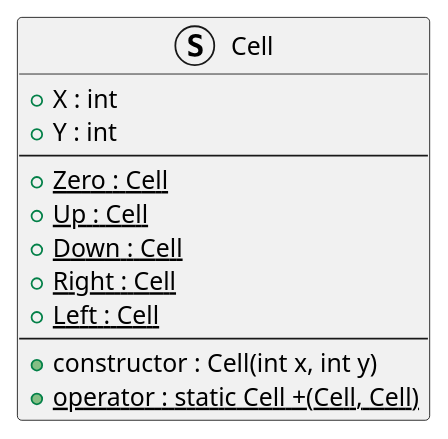
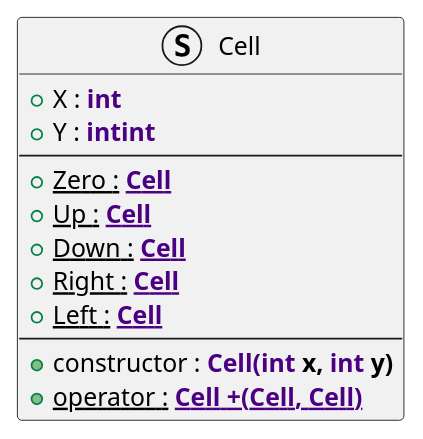
Before and after one commit to vadimvatsenko/Snake_Console: the diagram in Snake_Console/Diagramm/Cell.puml, drawn with PlantUML. The commit also changed 7 other files, not shown here.

Commit message:
Edit Diagramm and add some Discription

```diff
--- a/Snake_Console/Diagramm/Cell.puml
+++ b/Snake_Console/Diagramm/Cell.puml
@@ -1,16 +1,16 @@
 @startuml
 struct Cell
 {
-    + X : int
-    + Y : int
+    + X : <color:indigo><b>int
+    + Y : <color:indigo><b>intint
     --
-    + {static} Zero : Cell
-    + {static} Up : Cell
-    + {static} Down : Cell
-    + {static} Right : Cell
-    + {static} Left : Cell
+    + {static} Zero : <color:indigo><b>Cell
+    + {static} Up : <color:indigo><b>Cell
+    + {static} Down : <color:indigo><b>Cell
+    + {static} Right : <color:indigo><b>Cell
+    + {static} Left : <color:indigo><b>Cell
     --
-    + constructor : Cell(int x, int y)
-    + {static} operator : static Cell +(Cell, Cell)
+    + constructor : <color:indigo><b>Cell(int <color:black>x, <color:indigo><b>int <color:black><b>y)
+    + {static} operator : <color:indigo><b>Cell +(Cell, Cell)
 }
 @enduml
```
